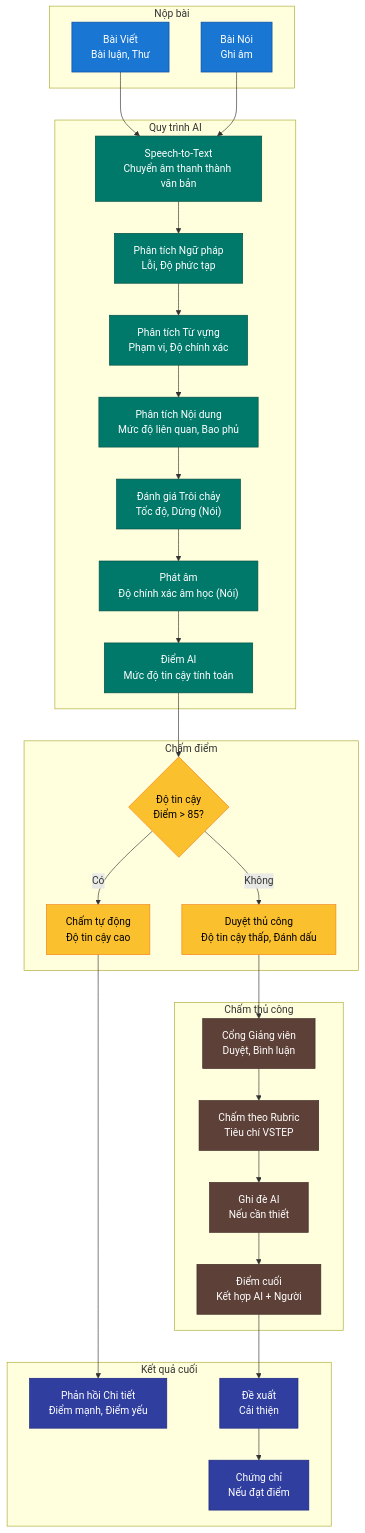
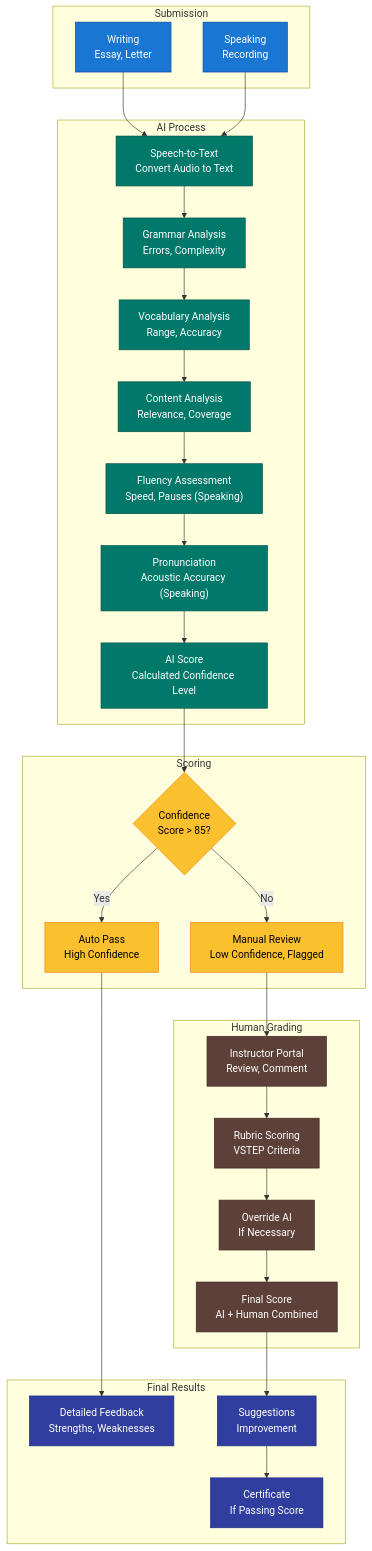
The sixth of 8 diagrams in docs/capstone/diagrams/flow-diagrams.vi.md (nghyane/VSTEP), drawn with Mermaid before and after one commit. The commit also changed other lines of this file, not shown here.

````diff
--- a/docs/capstone/diagrams/flow-diagrams.vi.md
+++ b/docs/capstone/diagrams/flow-diagrams.vi.md
@@ -338,67 +338,67 @@
 ```mermaid
 flowchart TB
-    subgraph Submission ["Nộp bài"]
-        WritingSubmit["Bài Viết<br/>Bài luận, Thư"]
-        SpeakingSubmit["Bài Nói<br/>Ghi âm"]
+    subgraph Submission ["Submission"]
+        WritingSubmit["Writing<br/>Essay, Letter"]
+        SpeakingSubmit["Speaking<br/>Recording"]
     end
 
-    subgraph AI ["Quy trình AI"]
-        Transcribe["Speech-to-Text<br/>Chuyển âm thanh thành văn bản"]
-        Grammar["Phân tích Ngữ pháp<br/>Lỗi, Độ phức tạp"]
-        Vocab["Phân tích Từ vựng<br/>Phạm vi, Độ chính xác"]
-        Content["Phân tích Nội dung<br/>Mức độ liên quan, Bao phủ"]
-        Fluency["Đánh giá Trôi chảy<br/>Tốc độ, Dừng (Nói)"]
-        Pronunciation["Phát âm<br/>Độ chính xác âm học (Nói)"]
-        ScoreAI["Điểm AI<br/>Mức độ tin cậy tính toán"]
+    subgraph AI ["AI Process"]
+        Transcribe["Speech-to-Text<br/>Convert Audio to Text"]
+        Grammar["Grammar Analysis<br/>Errors, Complexity"]
+        Vocab["Vocabulary Analysis<br/>Range, Accuracy"]
+        Content["Content Analysis<br/>Relevance, Coverage"]
+        Fluency["Fluency Assessment<br/>Speed, Pauses (Speaking)"]
+        Pronunciation["Pronunciation<br/>Acoustic Accuracy (Speaking)"]
+        ScoreAI["AI Score<br/>Calculated Confidence Level"]
     end
 
-    subgraph Scoring ["Chấm điểm"]
-        Confidence{"Độ tin cậy<br/>Điểm > 85?"}
-        AutoPass["Chấm tự động<br/>Độ tin cậy cao"]
-        HumanReview["Duyệt thủ công<br/>Độ tin cậy thấp, Đánh dấu"]
+    subgraph Scoring ["Scoring"]
+        Confidence{"Confidence<br/>Score > 85?"}
+        AutoPass["Auto Pass<br/>High Confidence"]
+        HumanReview["Manual Review<br/>Low Confidence, Flagged"]
     end
 
-    subgraph Human ["Chấm thủ công"]
-        Instructor["Cổng Giảng viên<br/>Duyệt, Bình luận"]
-        Rubric["Chấm theo Rubric<br/>Tiêu chí VSTEP"]
-        Override["Ghi đè AI<br/>Nếu cần thiết"]
-        ScoreFinal["Điểm cuối<br/>Kết hợp AI + Người"]
+    subgraph Human ["Human Grading"]
+        Instructor["Instructor Portal<br/>Review, Comment"]
+        Rubric["Rubric Scoring<br/>VSTEP Criteria"]
+        Override["Override AI<br/>If Necessary"]
+        ScoreFinal["Final Score<br/>AI + Human Combined"]
     end
 
-    subgraph Final ["Kết quả cuối"]
-        Feedback["Phản hồi Chi tiết<br/>Điểm mạnh, Điểm yếu"]
-        Suggestion["Đề xuất<br/>Cải thiện"]
-        Certificate["Chứng chỉ<br/>Nếu đạt điểm"]
+    subgraph Final ["Final Results"]
+        Feedback["Detailed Feedback<br/>Strengths, Weaknesses"]
+        Suggestion["Suggestions<br/>Improvement"]
+        Certificate["Certificate<br/>If Passing Score"]
     end
 
     WritingSubmit --> Transcribe
     SpeakingSubmit --> Transcribe
     Transcribe --> Grammar
     Grammar --> Vocab
     Vocab --> Content
     Content --> Fluency
     Fluency --> Pronunciation
     Pronunciation --> ScoreAI
     ScoreAI --> Confidence
-    Confidence -->|Có| AutoPass
-    Confidence -->|Không| HumanReview
+    Confidence -->|Yes| AutoPass
+    Confidence -->|No| HumanReview
     AutoPass --> Feedback
     HumanReview --> Instructor
     Instructor --> Rubric
     Rubric --> Override
     Override --> ScoreFinal
     ScoreFinal --> Suggestion
     Suggestion --> Certificate
 
     classDef submission fill:#1976d2,stroke:#0d47a1,color:#fff
     classDef ai fill:#00796b,stroke:#004d40,color:#fff
     classDef scoring fill:#fbc02d,stroke:#f57f17,color:#000
     classDef human fill:#5d4037,stroke:#3e2723,color:#fff
     classDef final fill:#303f9f,stroke:#1a237e,color:#fff
 
     class WritingSubmit,SpeakingSubmit submission
     class Transcribe,Grammar,Vocab,Content,Fluency,Pronunciation,ScoreAI ai
     class Confidence,AutoPass,HumanReview scoring
     class Instructor,Rubric,Override,ScoreFinal human
     class Feedback,Suggestion,Certificate final
 ```
````
